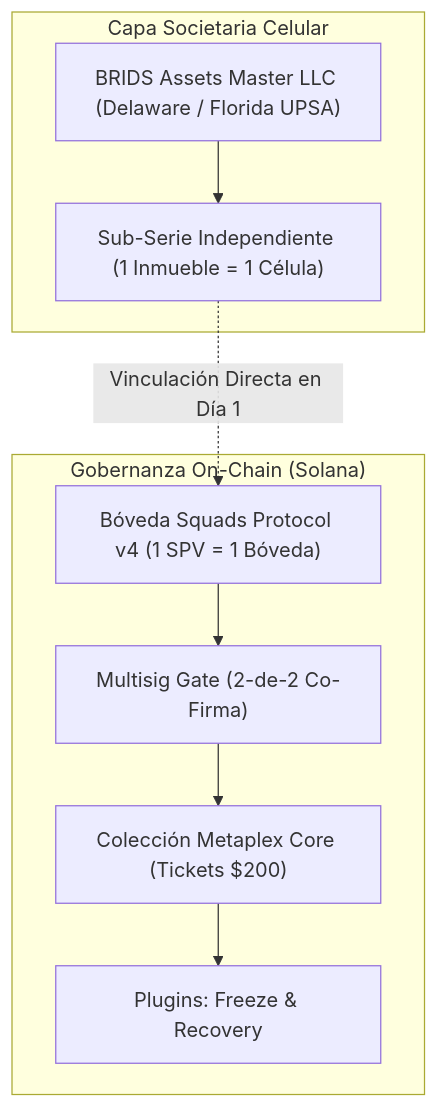
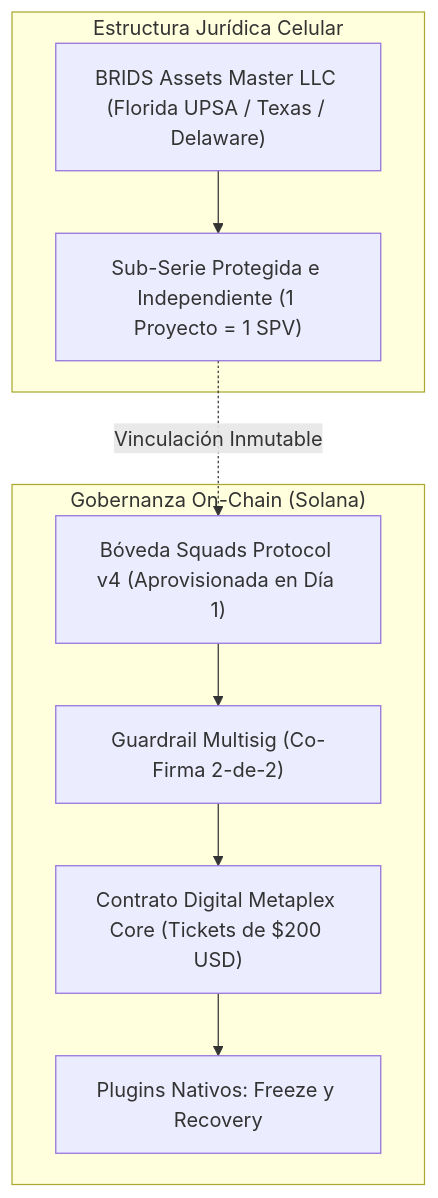
Before and after one commit to jeisonsosablockdev/BRIDS-KNOWLEDGE-FORT: the fourth of 5 diagrams in BRIDS-Brain/00 Inbox/Specs/modulo-desarrollador-spv-engine-work/draft_cycle_1.md, drawn with Mermaid. The commit also changed other lines of this file and 12 other files, not shown here.

````diff
--- a/BRIDS-Brain/00 Inbox/Specs/modulo-desarrollador-spv-engine-work/draft_cycle_1.md
+++ b/BRIDS-Brain/00 Inbox/Specs/modulo-desarrollador-spv-engine-work/draft_cycle_1.md
@@ -156,21 +194,21 @@
 ```mermaid
 flowchart TD
-    subgraph Legal["Capa Societaria Celular"]
-        MASTER["BRIDS Assets Master LLC (Delaware / Florida UPSA)"]
-        SERIE["Sub-Serie Independiente (1 Inmueble = 1 Célula)"]
+    subgraph Juridica["Estructura Jurídica Celular"]
+        MASTER["BRIDS Assets Master LLC (Florida UPSA / Texas / Delaware)"]
+        SERIE["Sub-Serie Protegida e Independiente (1 Proyecto = 1 SPV)"]
         MASTER --> SERIE
     end
 
-    subgraph OnChain["Gobernanza On-Chain (Solana)"]
-        VAULT["Bóveda Squads Protocol v4 (1 SPV = 1 Bóveda)"]
-        GATE["Multisig Gate (2-de-2 Co-Firma)"]
-        CORE["Colección Metaplex Core (Tickets $200)"]
-        PLUGINS["Plugins: Freeze & Recovery"]
-        
+    subgraph Tesoreria["Gobernanza On-Chain (Solana)"]
+        VAULT["Bóveda Squads Protocol v4 (Aprovisionada en Día 1)"]
+        GATE["Guardrail Multisig (Co-Firma 2-de-2)"]
+        CORE["Contrato Digital Metaplex Core (Tickets de $200 USD)"]
+        PLUGINS["Plugins Nativos: Freeze y Recovery"]
+
         VAULT --> GATE
         GATE --> CORE
         CORE --> PLUGINS
     end
 
-    SERIE -.->|Vinculación Directa en Día 1| VAULT
+    SERIE -.->|Vinculación Inmutable| VAULT
 ```
````
